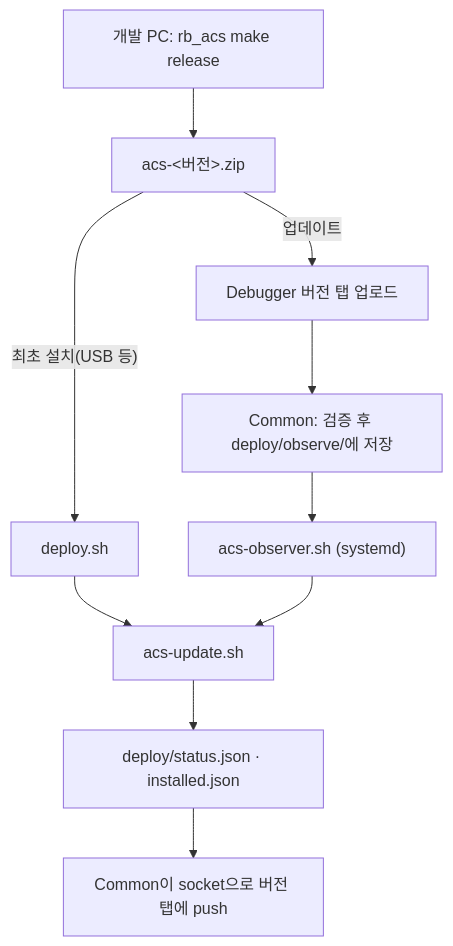
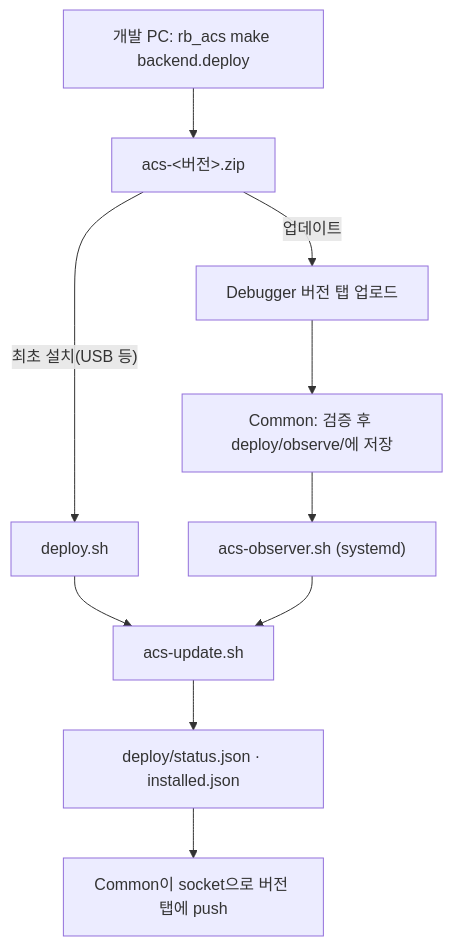
The diagram in README.md (rainbow-mobile/acs_deploy_kit), drawn with Mermaid before and after one commit. The commit also changed other lines of this file and 3 other files, not shown here.

First line of the commit message:
docs: 릴리즈 ZIP 안내를 make backend.deploy 기준으로 수정

````diff
--- a/README.md
+++ b/README.md
@@ -8,12 +8,12 @@
 ```mermaid
 flowchart TD
-  A["개발 PC: rb_acs make release"] --> B["acs-&lt;버전&gt;.zip"]
+  A["개발 PC: rb_acs make backend.deploy"] --> B["acs-&lt;버전&gt;.zip"]
   B -->|"최초 설치(USB 등)"| C["deploy.sh"]
   B -->|"업데이트"| D["Debugger 버전 탭 업로드"]
   D --> E["Common: 검증 후 deploy/observe/에 저장"]
   E --> F["acs-observer.sh (systemd)"]
   C --> G["acs-update.sh"]
   F --> G
   G --> H["deploy/status.json · installed.json"]
   H --> I["Common이 socket으로 버전 탭에 push"]
 ```
````
